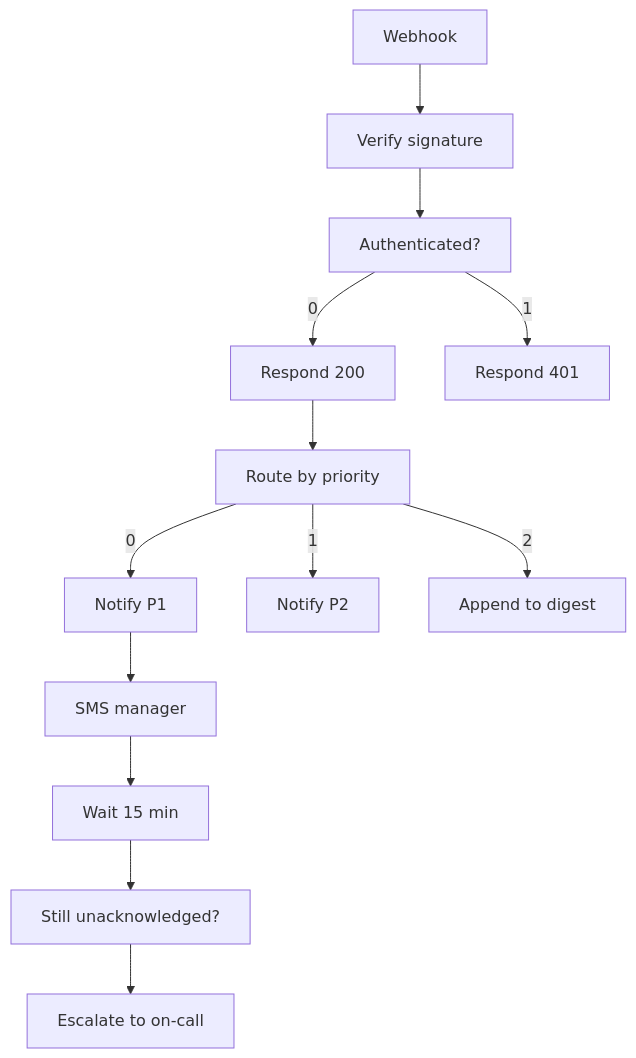
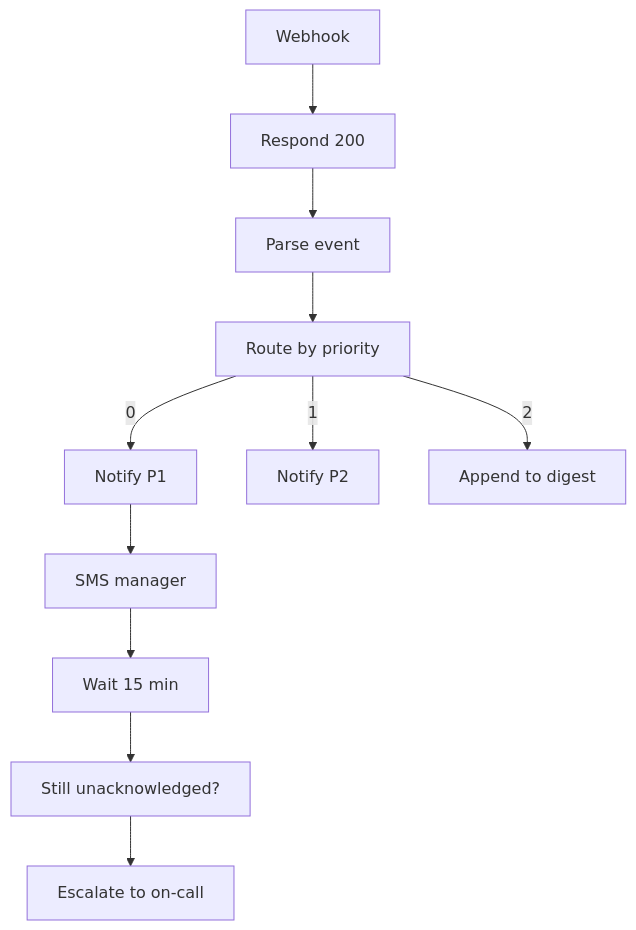
The diagram in Docs/generated/workflows/WF-12.md (servetechg/Palmleaf-AI-Receptionist), drawn with Mermaid before and after one commit. The commit also changed other lines of this file and 238 other files, not shown here.

````diff
--- a/Docs/generated/workflows/WF-12.md
+++ b/Docs/generated/workflows/WF-12.md
@@ -13,28 +18,24 @@
 ```mermaid
 flowchart TD
     n0[Webhook]
-    n1[Verify signature]
-    n2[Authenticated?]
-    n3[Respond 200]
-    n4[Respond 401]
-    n5[Route by priority]
-    n6[Notify P1]
-    n7[SMS manager]
-    n8[Wait 15 min]
-    n9[Still unacknowledged?]
-    n10[Escalate to on-call]
-    n11[Notify P2]
-    n12[Append to digest]
+    n1[Respond 200]
+    n2[Parse event]
+    n3[Route by priority]
+    n4[Notify P1]
+    n5[SMS manager]
+    n6[Wait 15 min]
+    n7[Still unacknowledged?]
+    n8[Escalate to on-call]
+    n9[Notify P2]
+    n10[Append to digest]
     n0 -->n1
     n1 -->n2
-    n2 -->|0| n3
-    n2 -->|1| n4
-    n3 -->n5
-    n5 -->|0| n6
-    n5 -->|1| n11
-    n5 -->|2| n12
+    n2 -->n3
+    n3 -->|0| n4
+    n3 -->|1| n9
+    n3 -->|2| n10
+    n5 -->n6
+    n6 -->n7
     n7 -->n8
-    n8 -->n9
-    n9 -->n10
-    n6 -->n7
+    n4 -->n5
 ```
````
